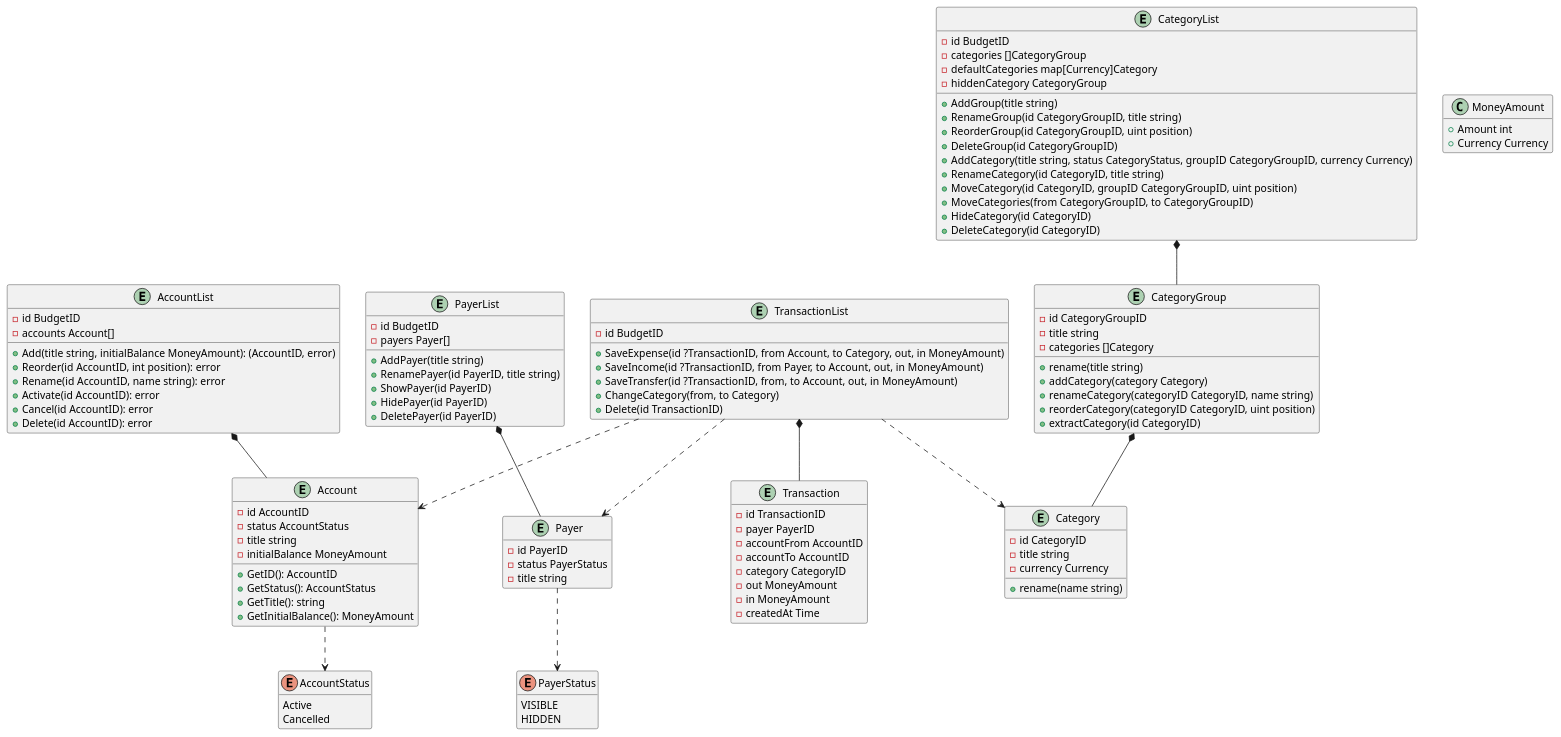
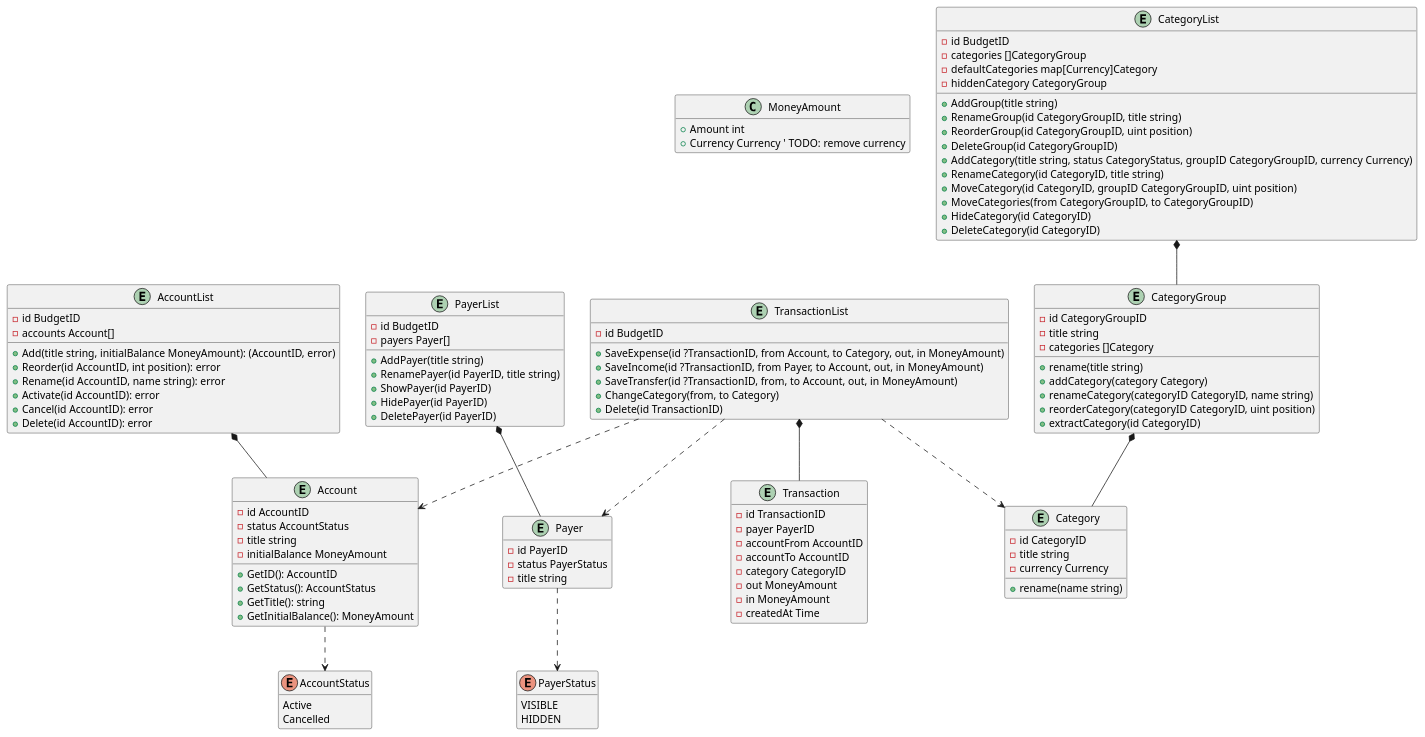
The diagram in docs/domain.plantuml (klwxsrx/budget-tracker), drawn with PlantUML before and after one commit. The commit also changed 29 other files, not shown here.

```diff
--- a/docs/domain.plantuml
+++ b/docs/domain.plantuml
@@ -1,137 +1,137 @@
 @startuml
 hide empty fields
 hide empty methods
+
+class MoneyAmount {
+ +Amount int
+ +Currency Currency ' TODO: remove currency
+}
 
 enum AccountStatus {
  Active
  Cancelled
 }
 
 entity Account {
  -id AccountID
  -status AccountStatus
  -title string
  -initialBalance MoneyAmount
  +GetID(): AccountID
  +GetStatus(): AccountStatus
  +GetTitle(): string
  +GetInitialBalance(): MoneyAmount
 }
 
 Account ..> AccountStatus
 
 entity AccountList {
  -id BudgetID
  -accounts Account[]
  +Add(title string, initialBalance MoneyAmount): (AccountID, error)
  +Reorder(id AccountID, int position): error
  +Rename(id AccountID, name string): error
  +Activate(id AccountID): error
  +Cancel(id AccountID): error
  +Delete(id AccountID): error
 }
 
 AccountList *-- Account
 
 
 
 ' TODO: implement model below
 enum PayerStatus {
  VISIBLE
  HIDDEN
 }
 
 entity Payer {
  -id PayerID
  -status PayerStatus
  -title string
 }
 
 Payer ..> PayerStatus
 
 entity PayerList {
  -id BudgetID
  -payers Payer[]
  +AddPayer(title string)
  +RenamePayer(id PayerID, title string)
  +ShowPayer(id PayerID)
  +HidePayer(id PayerID)
  +DeletePayer(id PayerID)
 }
 
 PayerList *-- Payer
 
 
 
 entity Category {
  -id CategoryID
  -title string
  -currency Currency
  +rename(name string)
 }
 
 entity CategoryGroup {
  -id CategoryGroupID
  -title string
  -categories []Category
  +rename(title string)
  +addCategory(category Category)
  +renameCategory(categoryID CategoryID, name string)
  +reorderCategory(categoryID CategoryID, uint position)
  +extractCategory(id CategoryID)
 }
 
 CategoryGroup *-- Category
 
 entity CategoryList {
  -id BudgetID
  -categories []CategoryGroup
  -defaultCategories map[Currency]Category
  -hiddenCategory CategoryGroup
  +AddGroup(title string)
  +RenameGroup(id CategoryGroupID, title string)
  +ReorderGroup(id CategoryGroupID, uint position)
  +DeleteGroup(id CategoryGroupID)
  +AddCategory(title string, status CategoryStatus, groupID CategoryGroupID, currency Currency)
  +RenameCategory(id CategoryID, title string)
  +MoveCategory(id CategoryID, groupID CategoryGroupID, uint position)
  +MoveCategories(from CategoryGroupID, to CategoryGroupID)
  +HideCategory(id CategoryID)
  +DeleteCategory(id CategoryID)
 }
 
 CategoryList *-- CategoryGroup
 
 
 
-class MoneyAmount {
- +Amount int
- +Currency Currency
-}
-
 entity Transaction {
  -id TransactionID
  -payer PayerID
  -accountFrom AccountID
  -accountTo AccountID
  -category CategoryID
  -out MoneyAmount
  -in MoneyAmount
  -createdAt Time
 }
 
 entity TransactionList {
  -id BudgetID
  +SaveExpense(id ?TransactionID, from Account, to Category, out, in MoneyAmount)
  +SaveIncome(id ?TransactionID, from Payer, to Account, out, in MoneyAmount)
  +SaveTransfer(id ?TransactionID, from, to Account, out, in MoneyAmount)
  +ChangeCategory(from, to Category)
  +Delete(id TransactionID)
 }
 
 TransactionList *-- Transaction
 TransactionList ..> Payer
 TransactionList ..> Account
 TransactionList ..> Category
 
 @enduml
```
